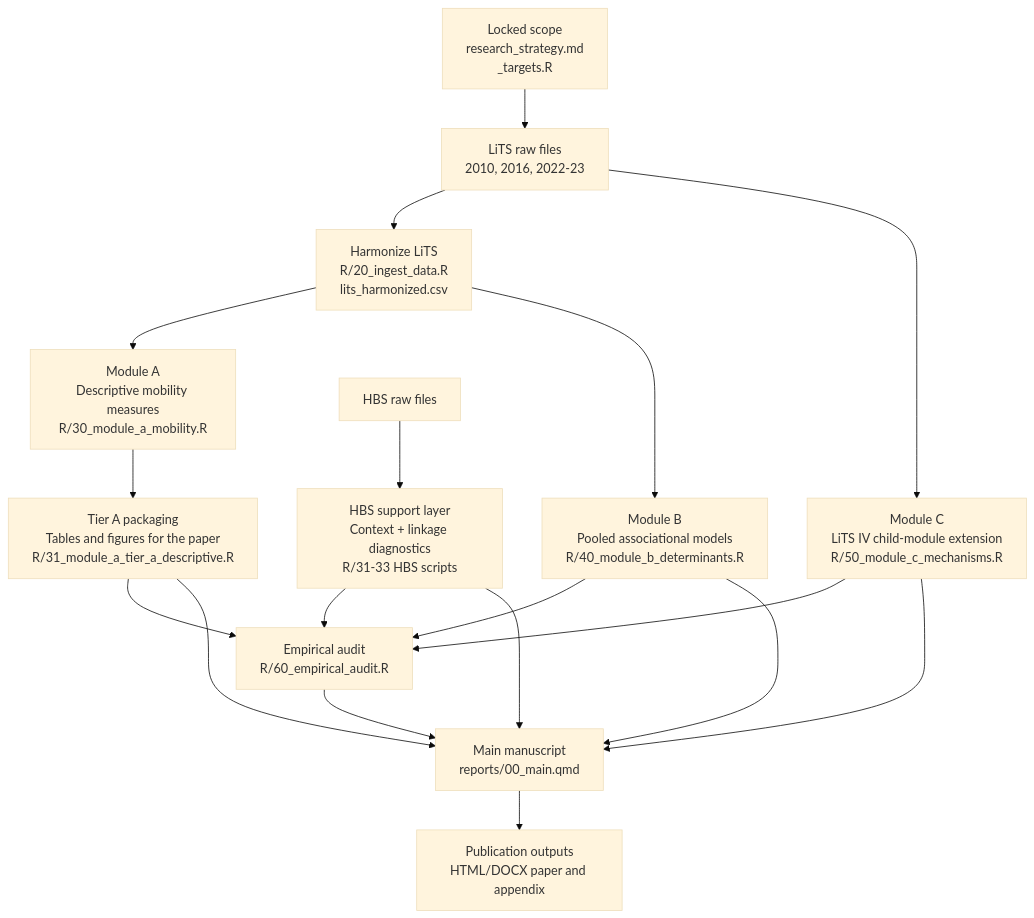
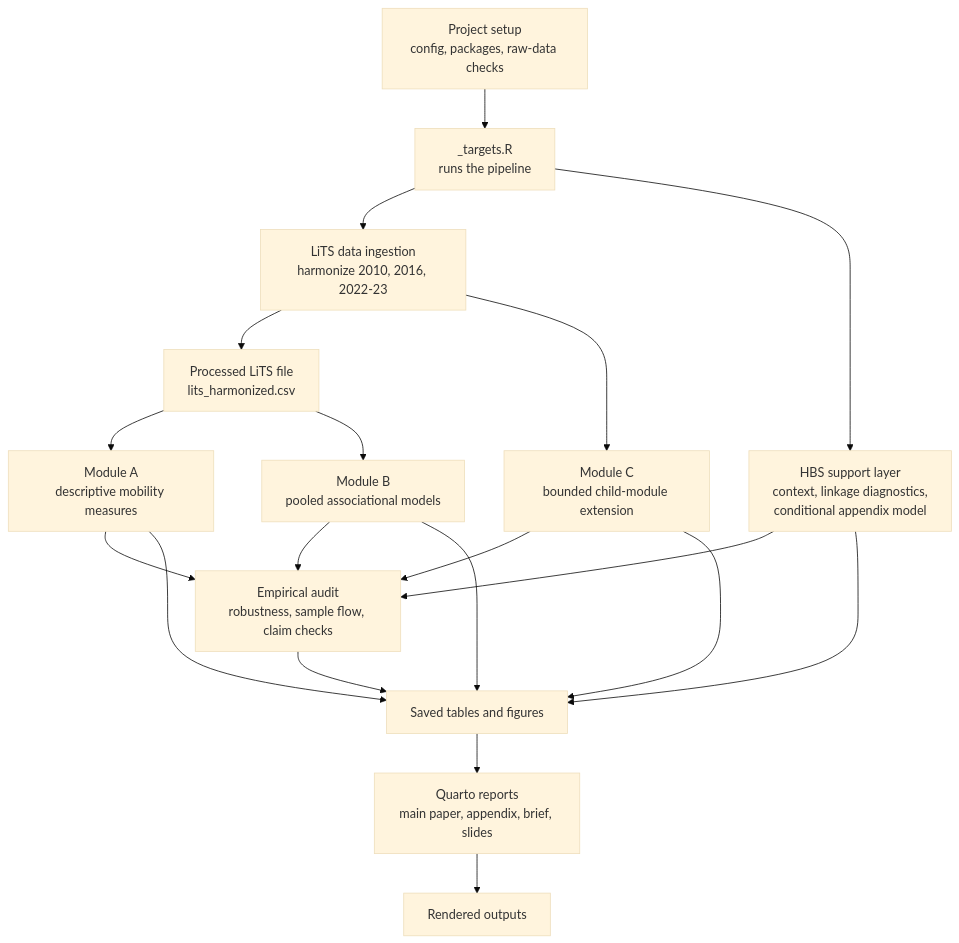
Before and after one commit to nozimmjon/Fellowship-research-clean: the first of 2 diagrams in reports/06_process_flowchart.qmd, drawn with Mermaid (base theme). The commit also changed other lines of this file and 16 other files, not shown here.

````diff
--- a/reports/06_process_flowchart.qmd
+++ b/reports/06_process_flowchart.qmd
@@ -20,20 +20,27 @@
 ```{mermaid}
 flowchart TD
-    A["Locked scope<br/>research_strategy.md<br/>_targets.R"] --> B["LiTS raw files<br/>2010, 2016, 2022-23"]
-    B --> C["Harmonize LiTS<br/>R/20_ingest_data.R<br/>lits_harmonized.csv"]
-    C --> D["Module A<br/>Descriptive mobility measures<br/>R/30_module_a_mobility.R"]
-    D --> E["Tier A packaging<br/>Tables and figures for the paper<br/>R/31_module_a_tier_a_descriptive.R"]
-    C --> F["Module B<br/>Pooled associational models<br/>R/40_module_b_determinants.R"]
-    B --> G["Module C<br/>LiTS IV child-module extension<br/>R/50_module_c_mechanisms.R"]
-    H["HBS raw files"] --> I["HBS support layer<br/>Context + linkage diagnostics<br/>R/31-33 HBS scripts"]
-    E --> J["Empirical audit<br/>R/60_empirical_audit.R"]
+    A["Project setup<br/>config, packages, raw-data checks"] --> B["_targets.R<br/>runs the pipeline"]
+
+    B --> C["LiTS data ingestion<br/>harmonize 2010, 2016, 2022-23"]
+    C --> D["Processed LiTS file<br/>lits_harmonized.csv"]
+
+    D --> E["Module A<br/>descriptive mobility measures"]
+    D --> F["Module B<br/>pooled associational models"]
+    C --> G["Module C<br/>bounded child-module extension"]
+
+    B --> H["HBS support layer<br/>context, linkage diagnostics,<br/>conditional appendix model"]
+
+    E --> I["Empirical audit<br/>robustness, sample flow, claim checks"]
+    F --> I
+    G --> I
+    H --> I
+
+    E --> J["Saved tables and figures"]
     F --> J
     G --> J
+    H --> J
     I --> J
-    E --> K["Main manuscript<br/>reports/00_main.qmd"]
-    F --> K
-    G --> K
-    I --> K
-    J --> K
-    K --> L["Publication outputs<br/>HTML/DOCX paper and appendix"]
+
+    J --> K["Quarto reports<br/>main paper, appendix, brief, slides"]
+    K --> L["Rendered outputs"]
 ```
````
